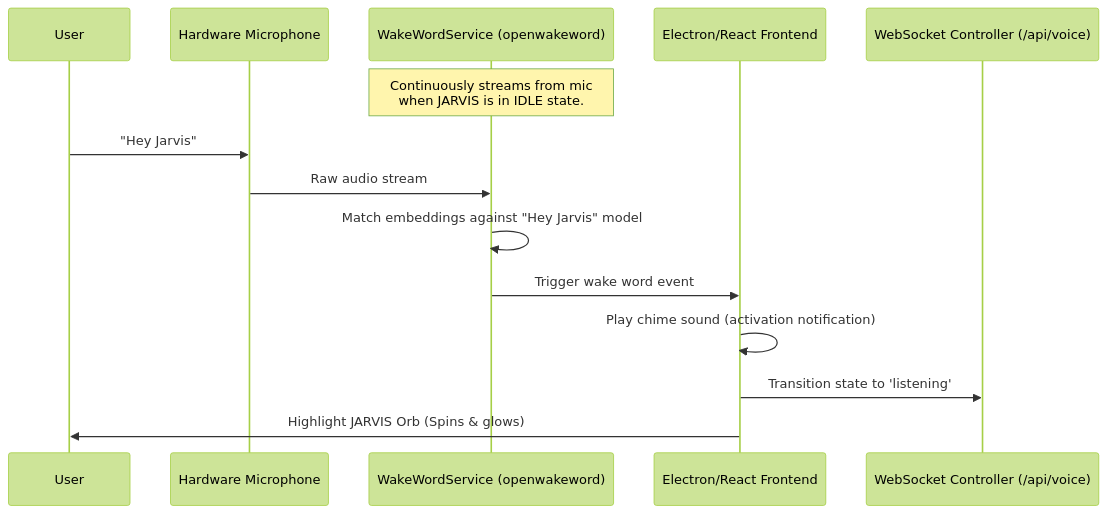
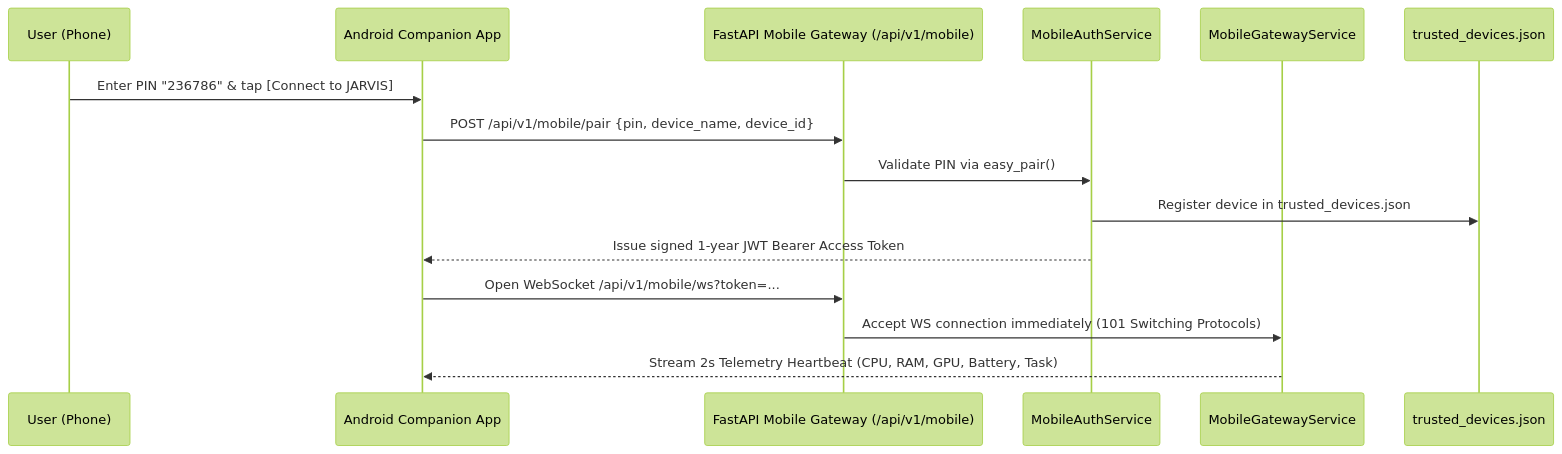
Before and after one commit to Ashrit-Raghupatruni/JARVIS: the second of 4 diagrams in documentations/Appflow.md, drawn with Mermaid (forest theme). The commit also changed other lines of this file and 53 other files, not shown here.

Commit message:
feat(mobile): transform Android companion into 8-tab Mission Control with Gatekeeper, Voice Speech, and Telemetry

````diff
--- a/documentations/Appflow.md
+++ b/documentations/Appflow.md
@@ -33,17 +33,18 @@
 ```mermaid
 sequenceDiagram
-    participant User as User
-    participant Mic as Hardware Microphone
-    participant Wake as WakeWordService (openwakeword)
-    participant UI as Electron/React Frontend
-    participant WS as WebSocket Controller (/api/voice)
+    participant User as User (Phone)
+    participant App as Android Companion App
+    participant API as FastAPI Mobile Gateway (/api/v1/mobile)
+    participant Auth as MobileAuthService
+    participant Gate as MobileGatewayService
+    participant Store as trusted_devices.json
     
-    Note over Wake: Continuously streams from mic<br/>when JARVIS is in IDLE state.
-    User->>Mic: "Hey Jarvis"
-    Mic->>Wake: Raw audio stream
-    Wake->>Wake: Match embeddings against "Hey Jarvis" model
-    Wake->>UI: Trigger wake word event
-    UI->>UI: Play chime sound (activation notification)
-    UI->>WS: Transition state to 'listening'
-    UI->>User: Highlight JARVIS Orb (Spins & glows)
+    User->>App: Enter PIN "236786" & tap [Connect to JARVIS]
+    App->>API: POST /api/v1/mobile/pair {pin, device_name, device_id}
+    API->>Auth: Validate PIN via easy_pair()
+    Auth->>Store: Register device in trusted_devices.json
+    Auth-->>App: Issue signed 1-year JWT Bearer Access Token
+    App->>API: Open WebSocket /api/v1/mobile/ws?token=...
+    API->>Gate: Accept WS connection immediately (101 Switching Protocols)
+    Gate-->>App: Stream 2s Telemetry Heartbeat (CPU, RAM, GPU, Battery, Task)
 ```
````
